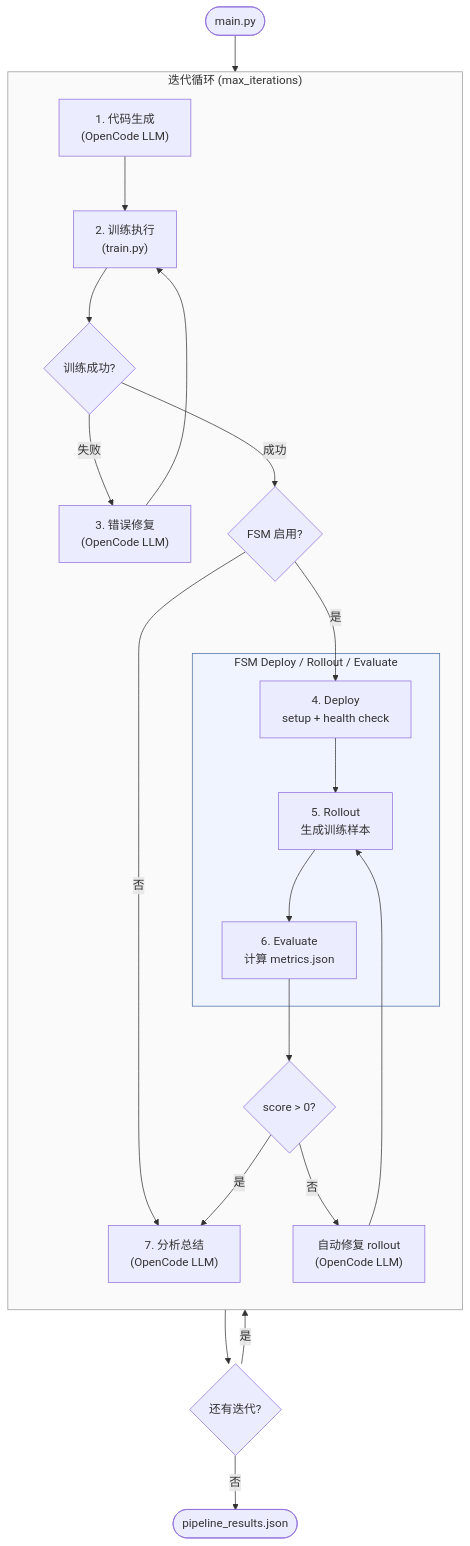
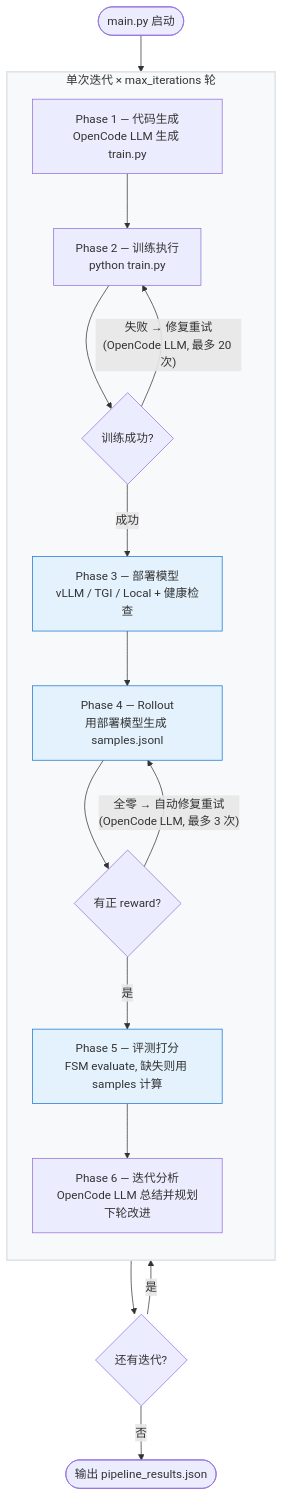
Before and after one commit to shatianming5/opencode-rl: the diagram in README.md, drawn with Mermaid.

Commit message:
Redesign pipeline flowchart for clarity
- Remove outdated "FSM enabled?" branch (FSM is always on)
- Flatten nested subgraphs into a single linear flow
- Number phases 1-6 with clear Chinese labels
- Show retry loops as back-edges with max retry counts
- Highlight FSM stages (Deploy/Rollout/Evaluate) in blue

````diff
--- a/README.md
+++ b/README.md
@@ -241,32 +241,28 @@
 ```mermaid
 flowchart TD
-    Start([main.py]) --> Loop
+    Start(["main.py 启动"]) --> A
 
-    subgraph Loop ["迭代循环 (max_iterations)"]
+    subgraph Iter ["单次迭代  ×  max_iterations 轮"]
         direction TB
-        A["1. 代码生成\n(OpenCode LLM)"] --> B["2. 训练执行\n(train.py)"]
+
+        A["Phase 1 — 代码生成<br/>OpenCode LLM 生成 train.py"]
+        A --> B["Phase 2 — 训练执行<br/>python train.py"]
         B --> C{训练成功?}
-        C -- 失败 --> D["3. 错误修复\n(OpenCode LLM)"]
-        D --> B
-        C -- 成功 --> E{FSM 启用?}
-        E -- 否 --> J
-        E -- 是 --> F
-
-        subgraph FSM ["FSM Deploy / Rollout / Evaluate"]
-            F["4. Deploy\nsetup + health check"] --> G["5. Rollout\n生成训练样本"]
-            G --> H["6. Evaluate\n计算 metrics.json"]
-        end
-
-        H --> I{score > 0?}
-        I -- 否 --> R["自动修复 rollout\n(OpenCode LLM)"]
-        R --> G
-        I -- 是 --> J["7. 分析总结\n(OpenCode LLM)"]
+        C -- "失败 → 修复重试<br/>(OpenCode LLM, 最多 20 次)" --> B
+        C -- 成功 --> D["Phase 3 — 部署模型<br/>vLLM / TGI / Local + 健康检查"]
+        D --> E["Phase 4 — Rollout<br/>用部署模型生成 samples.jsonl"]
+        E --> F{有正 reward?}
+        F -- "全零 → 自动修复重试<br/>(OpenCode LLM, 最多 3 次)" --> E
+        F -- 是 --> G["Phase 5 — 评测打分<br/>FSM evaluate, 缺失则用 samples 计算"]
+        G --> H["Phase 6 — 迭代分析<br/>OpenCode LLM 总结并规划下轮改进"]
     end
 
-    J --> K{还有迭代?}
-    K -- 是 --> A
-    K -- 否 --> End([pipeline_results.json])
+    H --> More{还有迭代?}
+    More -- 是 --> A
+    More -- 否 --> End(["输出 pipeline_results.json"])
 
-    style FSM fill:#f0f4ff,stroke:#4a6fa5
-    style Loop fill:#fafafa,stroke:#999
+    style Iter fill:#f8f9fa,stroke:#dee2e6,stroke-width:2px
+    style D fill:#e3f2fd,stroke:#1976d2
+    style E fill:#e3f2fd,stroke:#1976d2
+    style G fill:#e3f2fd,stroke:#1976d2
 ```
````
